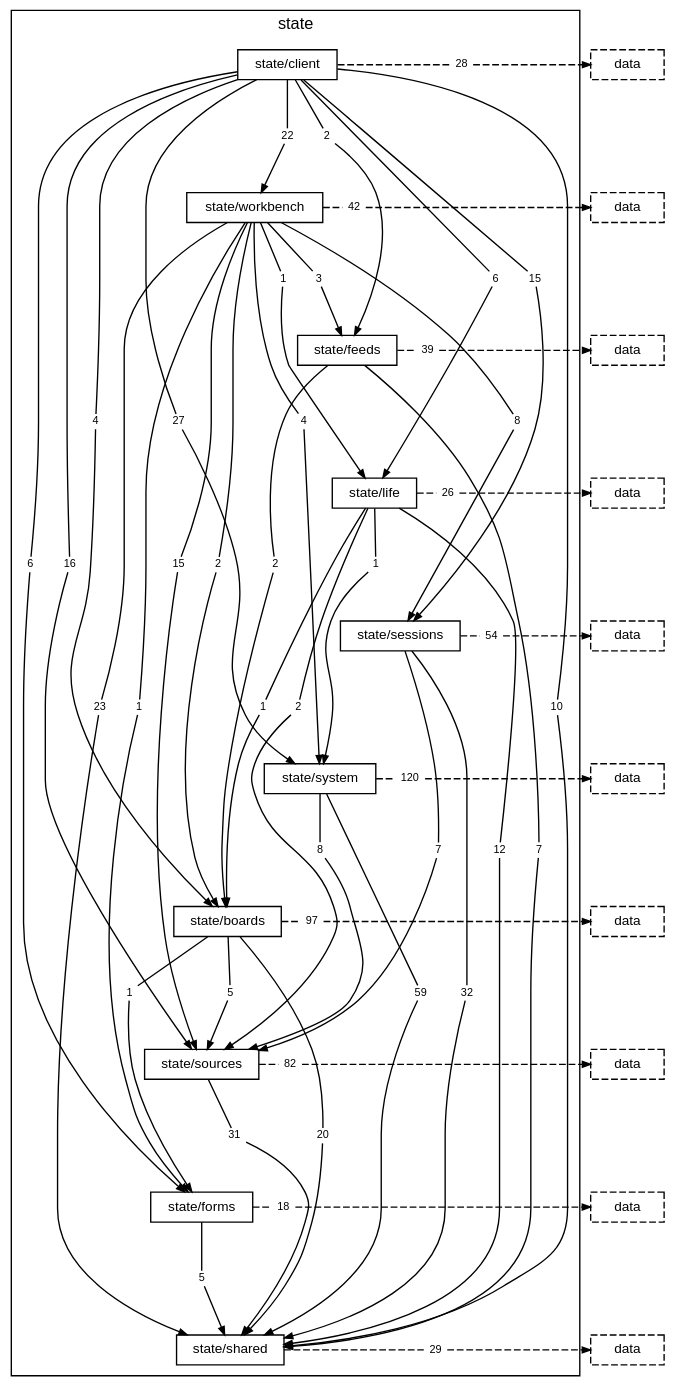
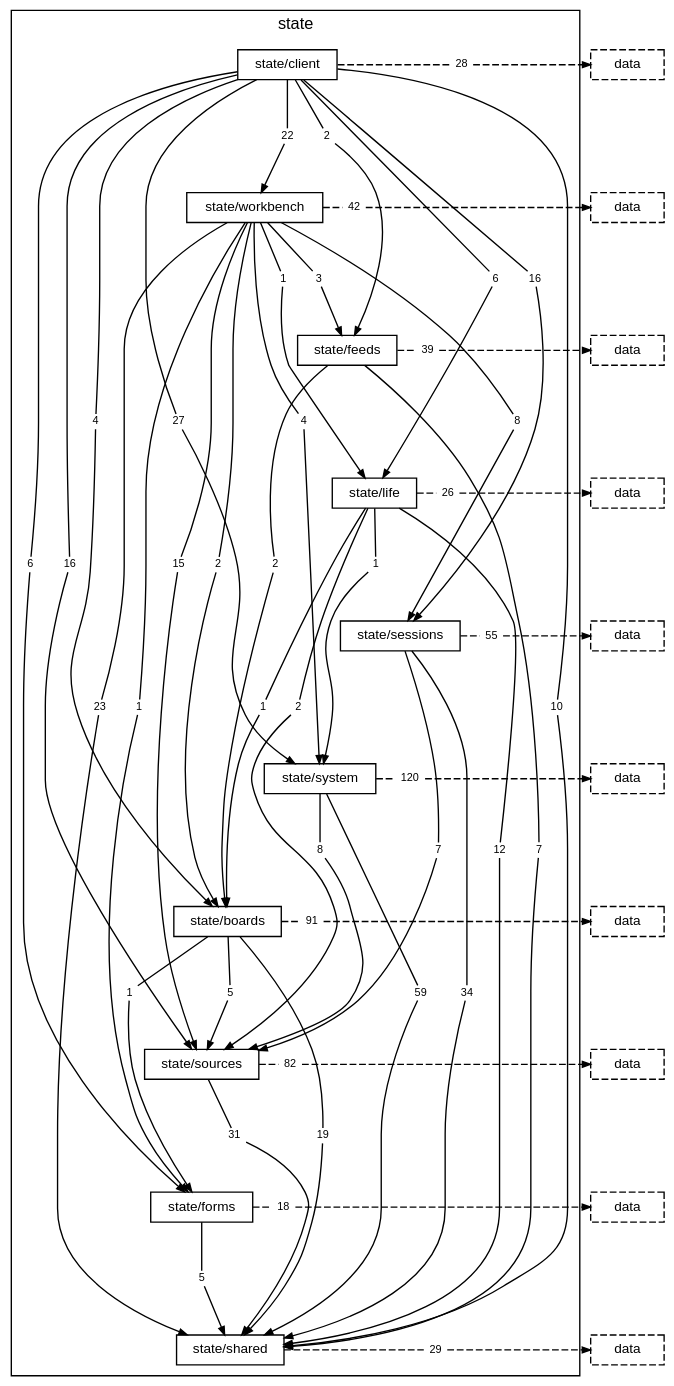
Before and after one commit to TheAxeC/oculus: the diagram in docs/diagrams/layer-state.dot, drawn with Graphviz. The commit also changed 122 other files, not shown here.

```diff
--- a/docs/diagrams/layer-state.dot
+++ b/docs/diagrams/layer-state.dot
@@ -18,7 +18,7 @@
         "folder state/client to folder state/feeds" [label="2", shape=box, color="transparent", fontsize=8, width=0, height=0, margin="0.04,0.02"];
         "folder state/client to folder state/forms" [label="6", shape=box, color="transparent", fontsize=8, width=0, height=0, margin="0.04,0.02"];
         "folder state/client to folder state/life" [label="6", shape=box, color="transparent", fontsize=8, width=0, height=0, margin="0.04,0.02"];
-        "folder state/client to folder state/sessions" [label="15", shape=box, color="transparent", fontsize=8, width=0, height=0, margin="0.04,0.02"];
+        "folder state/client to folder state/sessions" [label="16", shape=box, color="transparent", fontsize=8, width=0, height=0, margin="0.04,0.02"];
         "folder state/client to folder state/shared" [label="10", shape=box, color="transparent", fontsize=8, width=0, height=0, margin="0.04,0.02"];
         "folder state/client to folder state/sources" [label="16", shape=box, color="transparent", fontsize=8, width=0, height=0, margin="0.04,0.02"];
         "folder state/client to folder state/system" [label="27", shape=box, color="transparent", fontsize=8, width=0, height=0, margin="0.04,0.02"];
@@ -41,16 +41,16 @@
         "folder state/life to folder state/sources" [label="2", shape=box, color="transparent", fontsize=8, width=0, height=0, margin="0.04,0.02"];
         "folder state/life to folder state/system" [label="1", shape=box, color="transparent", fontsize=8, width=0, height=0, margin="0.04,0.02"];
         "folder state/life to layer data" [label="26", shape=box, color="transparent", fontsize=8, width=0, height=0, margin="0.04,0.02"];
-        "folder state/sessions to folder state/shared" [label="32", shape=box, color="transparent", fontsize=8, width=0, height=0, margin="0.04,0.02"];
+        "folder state/sessions to folder state/shared" [label="34", shape=box, color="transparent", fontsize=8, width=0, height=0, margin="0.04,0.02"];
         "folder state/sessions to folder state/sources" [label="7", shape=box, color="transparent", fontsize=8, width=0, height=0, margin="0.04,0.02"];
-        "folder state/sessions to layer data" [label="54", shape=box, color="transparent", fontsize=8, width=0, height=0, margin="0.04,0.02"];
+        "folder state/sessions to layer data" [label="55", shape=box, color="transparent", fontsize=8, width=0, height=0, margin="0.04,0.02"];
         "folder state/system to folder state/shared" [label="59", shape=box, color="transparent", fontsize=8, width=0, height=0, margin="0.04,0.02"];
         "folder state/system to folder state/sources" [label="8", shape=box, color="transparent", fontsize=8, width=0, height=0, margin="0.04,0.02"];
         "folder state/system to layer data" [label="120", shape=box, color="transparent", fontsize=8, width=0, height=0, margin="0.04,0.02"];
         "folder state/boards to folder state/forms" [label="1", shape=box, color="transparent", fontsize=8, width=0, height=0, margin="0.04,0.02"];
-        "folder state/boards to folder state/shared" [label="20", shape=box, color="transparent", fontsize=8, width=0, height=0, margin="0.04,0.02"];
+        "folder state/boards to folder state/shared" [label="19", shape=box, color="transparent", fontsize=8, width=0, height=0, margin="0.04,0.02"];
         "folder state/boards to folder state/sources" [label="5", shape=box, color="transparent", fontsize=8, width=0, height=0, margin="0.04,0.02"];
-        "folder state/boards to layer data" [label="97", shape=box, color="transparent", fontsize=8, width=0, height=0, margin="0.04,0.02"];
+        "folder state/boards to layer data" [label="91", shape=box, color="transparent", fontsize=8, width=0, height=0, margin="0.04,0.02"];
         "folder state/sources to folder state/shared" [label="31", shape=box, color="transparent", fontsize=8, width=0, height=0, margin="0.04,0.02"];
         "folder state/sources to layer data" [label="82", shape=box, color="transparent", fontsize=8, width=0, height=0, margin="0.04,0.02"];
         "folder state/forms to folder state/shared" [label="5", shape=box, color="transparent", fontsize=8, width=0, height=0, margin="0.04,0.02"];
```
